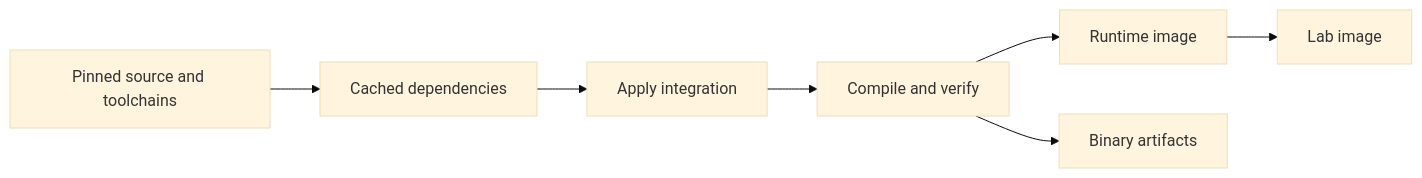
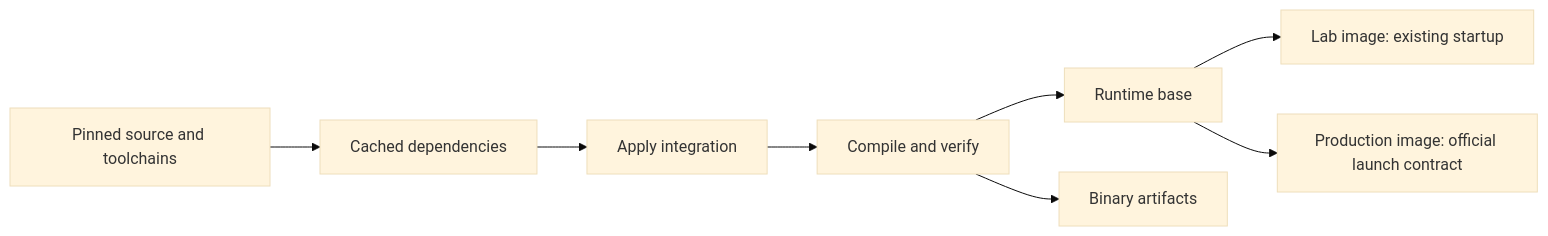
One commit to ontracon/teleport-build changed the diagram in docs/building.md. Above: the diagram before and after it, drawn with Mermaid (base theme). The commit also changed other lines of this file and 13 other files, not shown here.

````diff
--- a/docs/building.md
+++ b/docs/building.md
@@ -68,9 +73,10 @@
 ```mermaid
 flowchart LR
   A["Pinned source and toolchains"] --> B["Cached dependencies"]
   B --> C["Apply integration"]
   C --> D["Compile and verify"]
-  D --> E["Runtime image"]
-  E --> F["Lab image"]
+  D --> E["Runtime base"]
+  E --> F["Lab image: existing startup"]
+  E --> H["Production image: official launch contract"]
   D --> G["Binary artifacts"]
 ```
````
